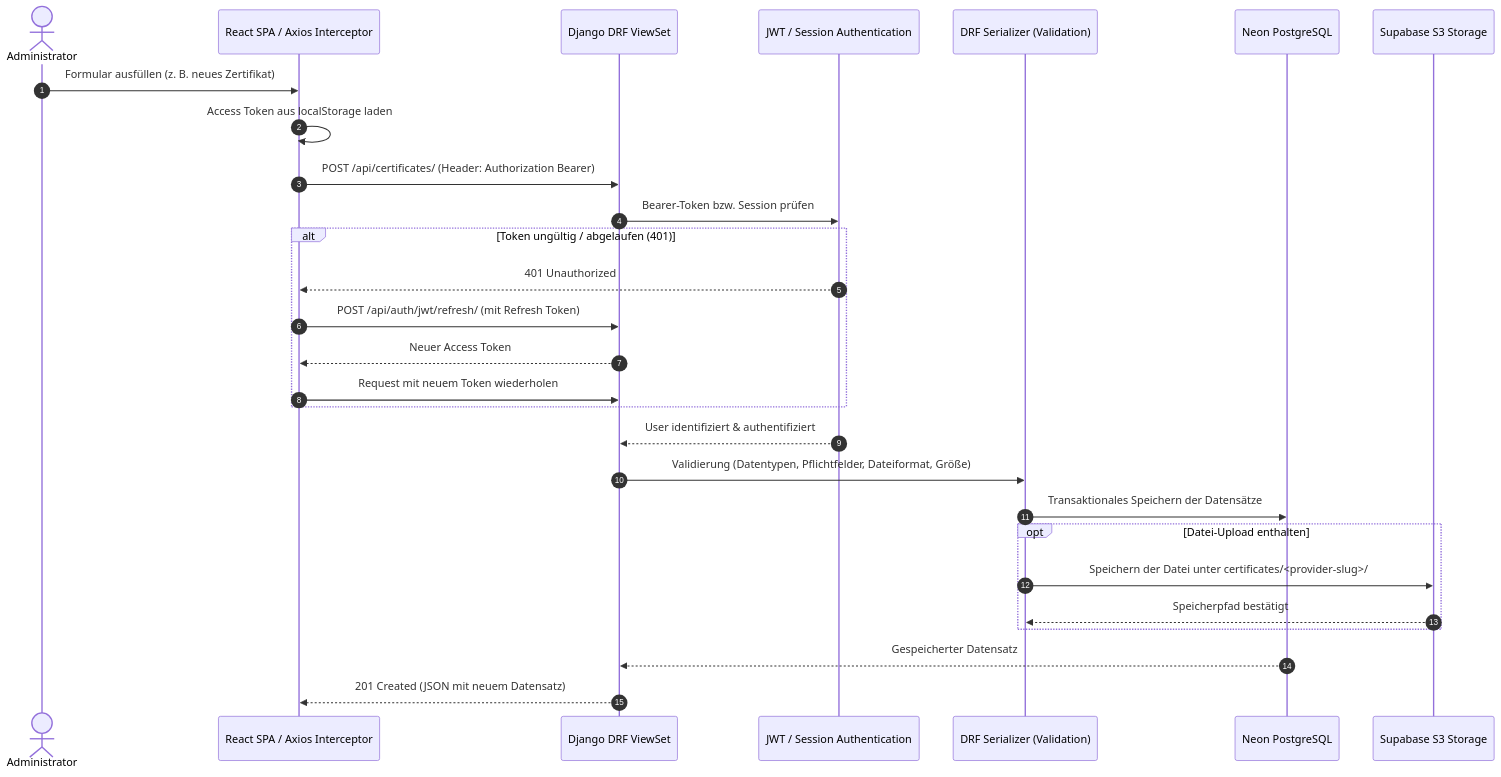
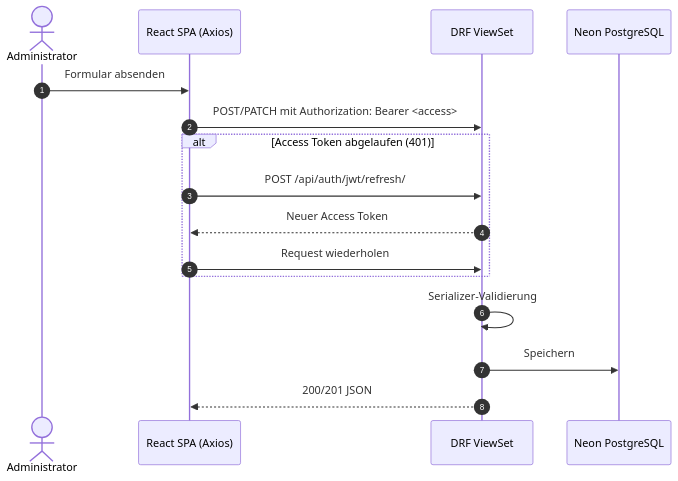
One commit to dfluechter/portfolio_project changed the third of 4 diagrams in docs/architecture.md. Above: the diagram before and after it, drawn with Mermaid. The commit also changed other lines of this file and 50 other files, not shown here.

````diff
--- a/docs/architecture.md
+++ b/docs/architecture.md
@@ -107,31 +93,19 @@
 ```mermaid
 sequenceDiagram
     autonumber
     actor Admin as Administrator
-    participant Client as React SPA / Axios Interceptor
-    participant API as Django DRF ViewSet
-    participant Auth as JWT / Session Authentication
-    participant Serializer as DRF Serializer (Validation)
+    participant Client as React SPA (Axios)
+    participant API as DRF ViewSet
     participant DB as Neon PostgreSQL
-    participant S3 as Supabase S3 Storage
 
-    Admin->>Client: Formular ausfüllen (z. B. neues Zertifikat)
-    Client->>Client: Access Token aus localStorage laden
-    Client->>API: POST /api/certificates/ (Header: Authorization Bearer)
-    API->>Auth: Bearer-Token bzw. Session prüfen
-    alt Token ungültig / abgelaufen (401)
-        Auth-->>Client: 401 Unauthorized
-        Client->>API: POST /api/auth/jwt/refresh/ (mit Refresh Token)
+    Admin->>Client: Formular absenden
+    Client->>API: POST/PATCH mit Authorization: Bearer <access>
+    alt Access Token abgelaufen (401)
+        Client->>API: POST /api/auth/jwt/refresh/
         API-->>Client: Neuer Access Token
-        Client->>API: Request mit neuem Token wiederholen
+        Client->>API: Request wiederholen
     end
-    Auth-->>API: User identifiziert & authentifiziert
-    API->>Serializer: Validierung (Datentypen, Pflichtfelder, Dateiformat, Größe)
-    Serializer->>DB: Transaktionales Speichern der Datensätze
-    opt Datei-Upload enthalten
-        Serializer->>S3: Speichern der Datei unter certificates/<provider-slug>/
-        S3-->>Serializer: Speicherpfad bestätigt
-    end
-    DB-->>API: Gespeicherter Datensatz
-    API-->>Client: 201 Created (JSON mit neuem Datensatz)
+    API->>API: Serializer-Validierung
+    API->>DB: Speichern
+    API-->>Client: 200/201 JSON
 ```
````
